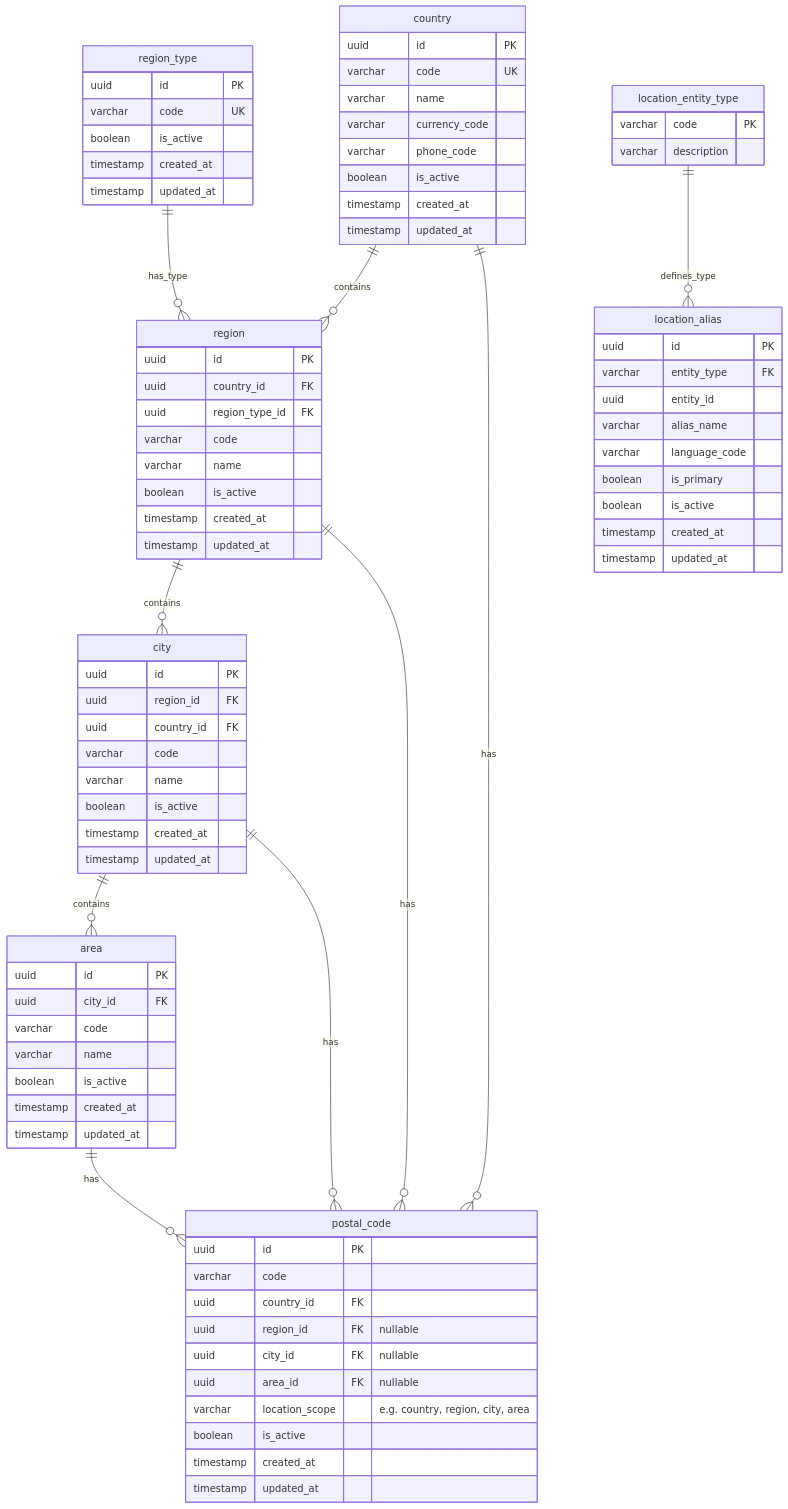
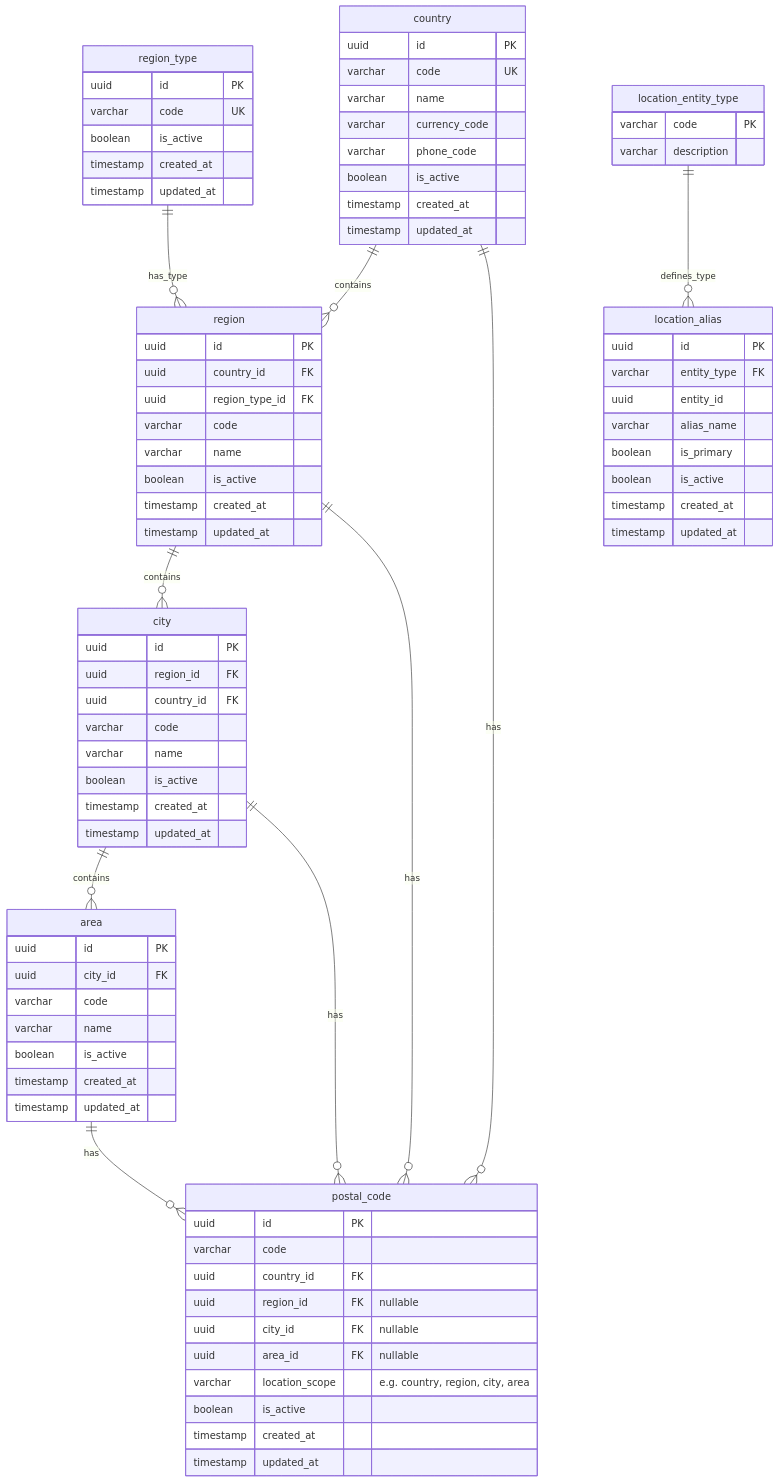
One commit to pratikahireprayog/prayog-serviceability-service changed the diagram in docs/serviceability.mmd. Above: the diagram before and after it, drawn with Mermaid.

Commit message:
refactor: Remove language_code field from serviceability entity for improved data structure and clarity

```diff
--- a/docs/serviceability.mmd
+++ b/docs/serviceability.mmd
@@ -1,92 +1,91 @@
 erDiagram
 
     country {
         uuid id PK
         varchar code UK
         varchar name
         varchar currency_code
         varchar phone_code
         boolean is_active
         timestamp created_at
         timestamp updated_at
     }
 
     region_type {
         uuid id PK
         varchar code UK
         boolean is_active
         timestamp created_at
         timestamp updated_at
     }
 
     region {
         uuid id PK
         uuid country_id FK
         uuid region_type_id FK
         varchar code
         varchar name
         boolean is_active
         timestamp created_at
         timestamp updated_at
     }
 
     city {
         uuid id PK
         uuid region_id FK
         uuid country_id FK
         varchar code
         varchar name
         boolean is_active
         timestamp created_at
         timestamp updated_at
     }
 
     area {
         uuid id PK
         uuid city_id FK
         varchar code
         varchar name
         boolean is_active
         timestamp created_at
         timestamp updated_at
     }
 
     postal_code {
         uuid id PK
         varchar code
         uuid country_id FK
         uuid region_id FK "nullable"
         uuid city_id FK "nullable"
         uuid area_id FK "nullable"
         varchar location_scope "e.g. country, region, city, area"
         boolean is_active
         timestamp created_at
         timestamp updated_at
     }
 
     location_entity_type {
         varchar code PK
         varchar description
     }
 
     location_alias {
         uuid id PK
         varchar entity_type FK
         uuid entity_id
         varchar alias_name
-        varchar language_code
         boolean is_primary
         boolean is_active
         timestamp created_at
         timestamp updated_at
     }
 
     country ||--o{ region : contains
     region_type ||--o{ region : has_type
     region ||--o{ city : contains
     city ||--o{ area : contains
     area ||--o{ postal_code : has
     region ||--o{ postal_code : has
     city ||--o{ postal_code : has
     country ||--o{ postal_code : has
     location_entity_type ||--o{ location_alias : defines_type
```
